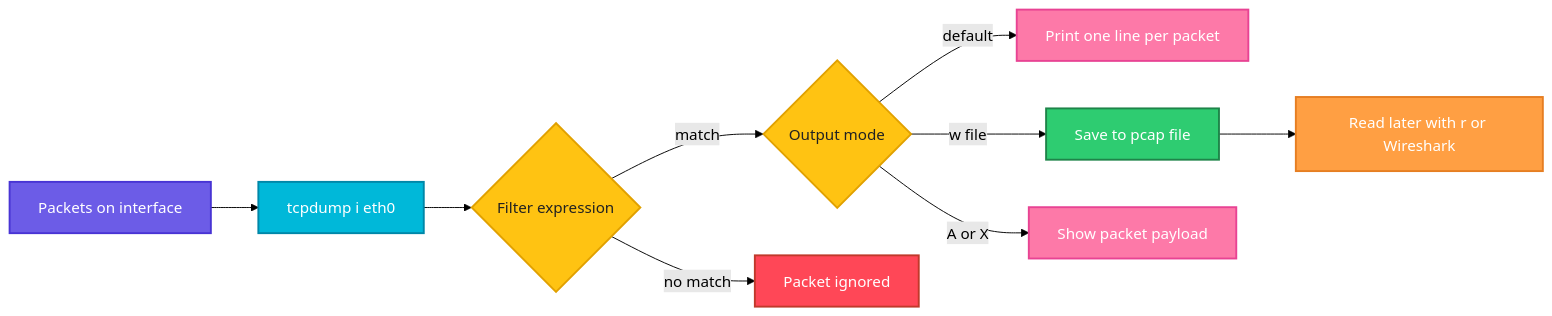
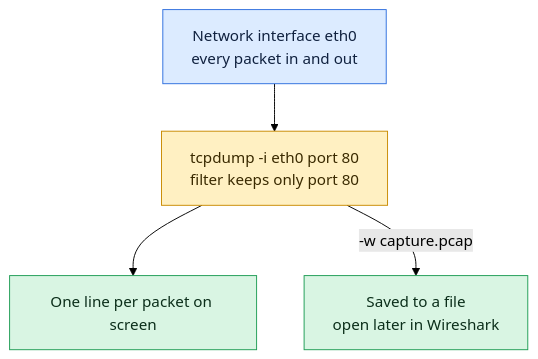
Before and after one commit to codeKerdosTech/DevOps-Documentation: the diagram in linux/networking/tcpdump.md, drawn with Mermaid (forest theme). The commit also changed other lines of this file and 165 other files, not shown here.

Commit message:
updated diagrams in linux

````diff
--- a/linux/networking/tcpdump.md
+++ b/linux/networking/tcpdump.md
@@ -14,25 +14,14 @@
 ```mermaid
-flowchart LR
-    A[Packets on interface] --> B[tcpdump i eth0]
-    B --> C{Filter expression}
-    C -->|match| D{Output mode}
-    C -->|no match| E[Packet ignored]
-    D -->|default| F[Print one line per packet]
-    D -->|w file| G[Save to pcap file]
-    D -->|A or X| H[Show packet payload]
-    G --> I[Read later with r or Wireshark]
-    classDef start fill:#6C5CE7,stroke:#4834D4,stroke-width:2px,color:#fff
-    classDef proc fill:#00B8D9,stroke:#0087A8,stroke-width:2px,color:#fff
-    classDef dec fill:#FFC312,stroke:#E1A100,stroke-width:2px,color:#222
-    classDef ok fill:#2ECC71,stroke:#1E8449,stroke-width:2px,color:#fff
-    classDef err fill:#FF4757,stroke:#C0392B,stroke-width:2px,color:#fff
-    classDef out fill:#FD79A8,stroke:#E84393,stroke-width:2px,color:#fff
-    classDef alt fill:#FF9F43,stroke:#E67E22,stroke-width:2px,color:#fff
-    class A start
-    class B proc
-    class C,D dec
-    class E err
-    class F,H out
-    class G ok
-    class I alt
+flowchart TD
+    i1[Network interface eth0<br/>every packet in and out] --> c1[tcpdump -i eth0 port 80<br/>filter keeps only port 80]
+    c1 --> o1[One line per packet on screen]
+    c1 -->|-w capture.pcap| o2[Saved to a file<br/>open later in Wireshark]
+    classDef inp fill:#DCEBFF,stroke:#2F6FDE,color:#10213F
+    classDef cmd fill:#FFF0C2,stroke:#C98A00,color:#3A2A00
+    classDef out fill:#D9F5E3,stroke:#1F9D55,color:#0B2E1A
+    classDef bad fill:#FDE0E0,stroke:#D13B3B,color:#4A0F0F
+    classDef note fill:#ECEFF3,stroke:#7B8794,color:#1F2933
+    class i1 inp
+    class c1 cmd
+    class o1,o2 out
 ```
````
